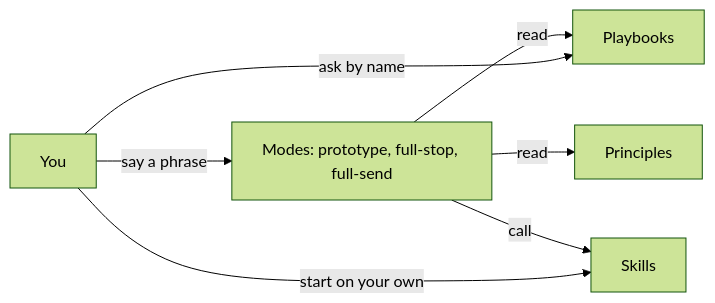
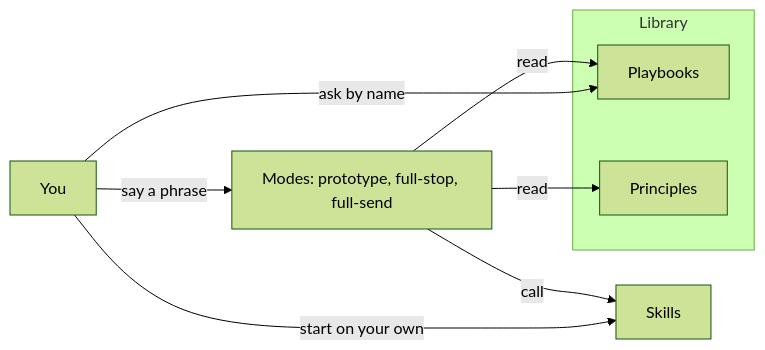
One commit to JoshuaHayesWasHere/jstack changed the first of 2 diagrams in wiki/Skills.md. Above: the diagram before and after it, drawn with Mermaid (forest theme). The commit also changed 5 other files, not shown here.

Commit message:
Wiki diagrams match install, seat fallback and review-loop budget exactly

````diff
--- a/wiki/Skills.md
+++ b/wiki/Skills.md
@@ -9,9 +9,13 @@
 ```mermaid
 flowchart LR
     you["You"] -->|"say a phrase"| modes["Modes: prototype, full-stop, full-send"]
-    modes -->|read| playbooks["Playbooks"]
-    modes -->|read| principles["Principles"]
+    subgraph library["Library"]
+        playbooks["Playbooks"]
+        principles["Principles"]
+    end
+    modes -->|read| playbooks
+    modes -->|read| principles
     modes -->|call| skills["Skills"]
     you -->|"ask by name"| playbooks
     you -->|"start on your own"| skills
 ```
````
